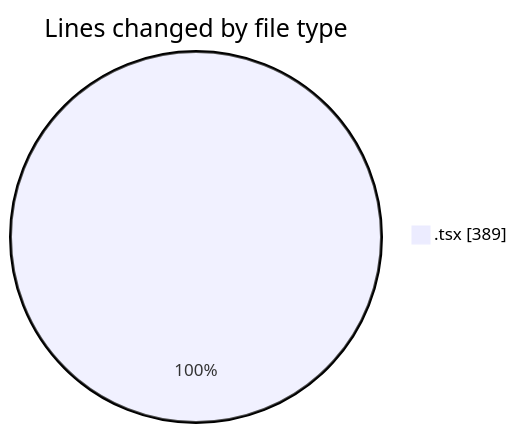
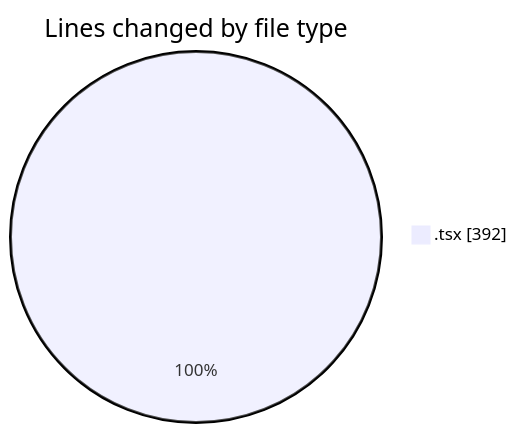
Before and after one commit to robertbonfada/code-tracking: the first of 2 diagrams in 2025-02-19/termonied-web/README.md, drawn with Mermaid. The commit also changed other lines of this file and 1 other file, not shown here.

````diff
--- a/2025-02-19/termonied-web/README.md
+++ b/2025-02-19/termonied-web/README.md
@@ -21,5 +21,5 @@
 ```mermaid
 pie showData
 title Lines changed by file type
-".tsx" : 389
+".tsx" : 392
 ```
````
